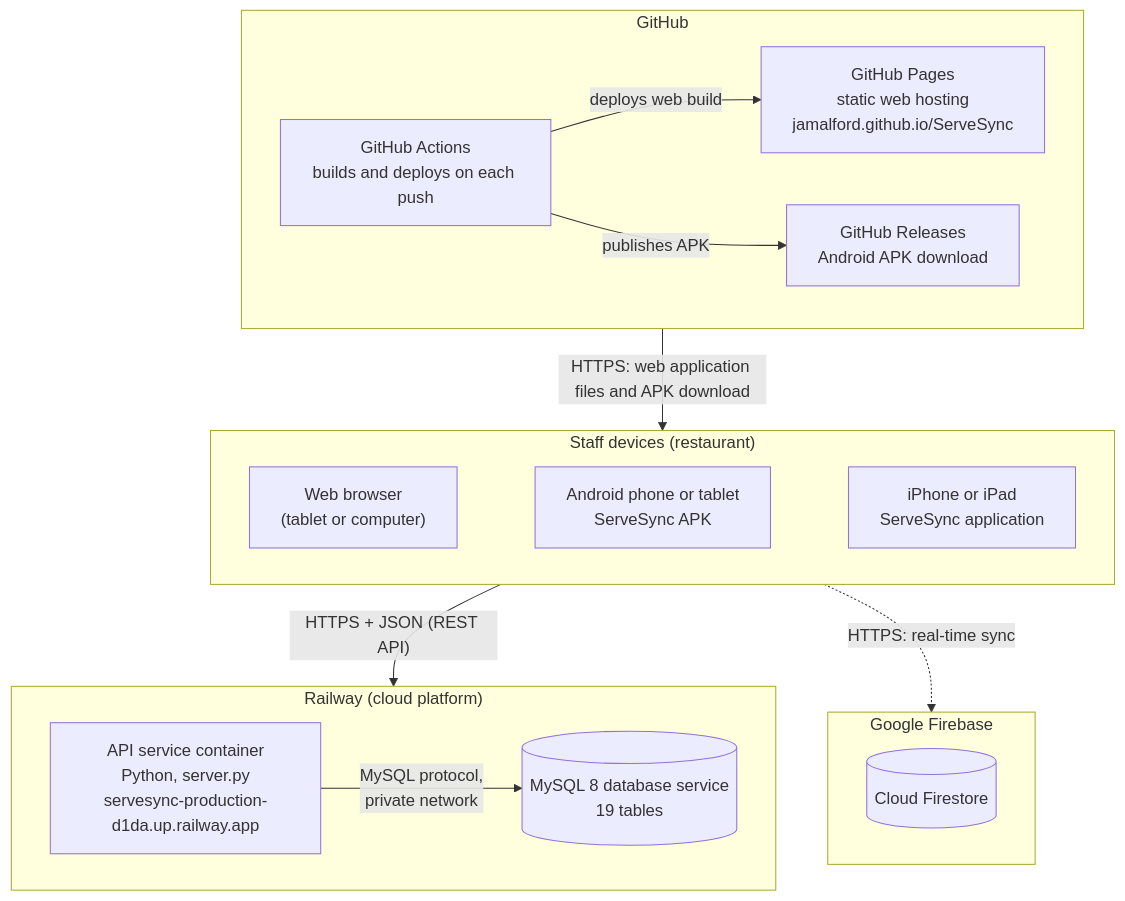
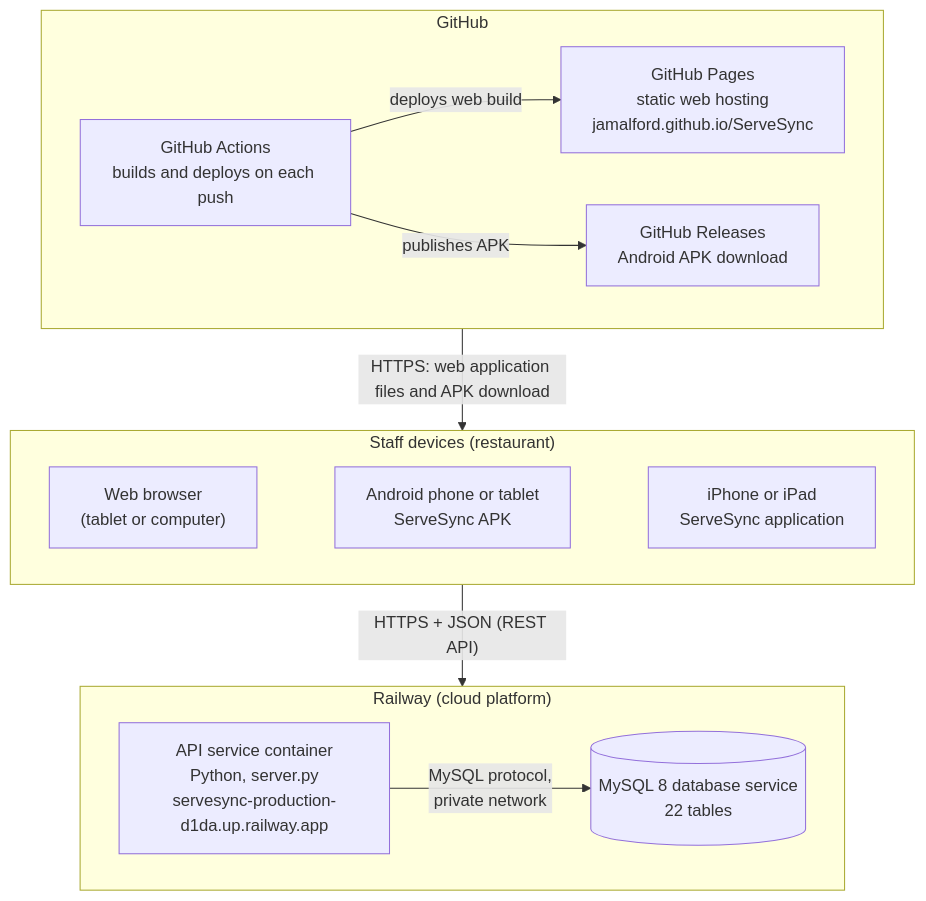
Before and after one commit to JamalFord/ServeSync: the fifth of 5 diagrams in docs/sprint4/02-testing-architecture-sections-10-11.md, drawn with Mermaid. The commit also changed other lines of this file and 26 other files, not shown here.

First line of the commit message:
refactor: remove Firebase; kitchen tickets sync through the API

````diff
--- a/docs/sprint4/02-testing-architecture-sections-10-11.md
+++ b/docs/sprint4/02-testing-architecture-sections-10-11.md
@@ -522,31 +534,26 @@
 ```mermaid
 flowchart TB
     subgraph GH["GitHub"]
         direction LR
         ACT["GitHub Actions<br/>builds and deploys on each push"]
         PAGES["GitHub Pages<br/>static web hosting<br/>jamalford.github.io/ServeSync"]
         REL["GitHub Releases<br/>Android APK download"]
         ACT -- "deploys web build" --> PAGES
         ACT -- "publishes APK" --> REL
     end
     subgraph DEV["Staff devices (restaurant)"]
         direction LR
         BR["Web browser<br/>(tablet or computer)"]
         AND["Android phone or tablet<br/>ServeSync APK"]
         IOS["iPhone or iPad<br/>ServeSync application"]
         BR ~~~ AND ~~~ IOS
     end
     subgraph RW["Railway (cloud platform)"]
         direction LR
         APISVC["API service container<br/>Python, server.py<br/>servesync-production-d1da.up.railway.app"]
-        MYSQL[("MySQL 8 database service<br/>19 tables")]
+        MYSQL[("MySQL 8 database service<br/>22 tables")]
         APISVC -- "MySQL protocol,<br/>private network" --> MYSQL
     end
-    subgraph FB["Google Firebase"]
-        FSDB[("Cloud Firestore")]
-    end
-
     GH -- "HTTPS: web application files and APK download" --> DEV
     DEV -- "HTTPS + JSON (REST API)" --> RW
-    DEV -. "HTTPS: real-time sync" .-> FB
 ```
````
